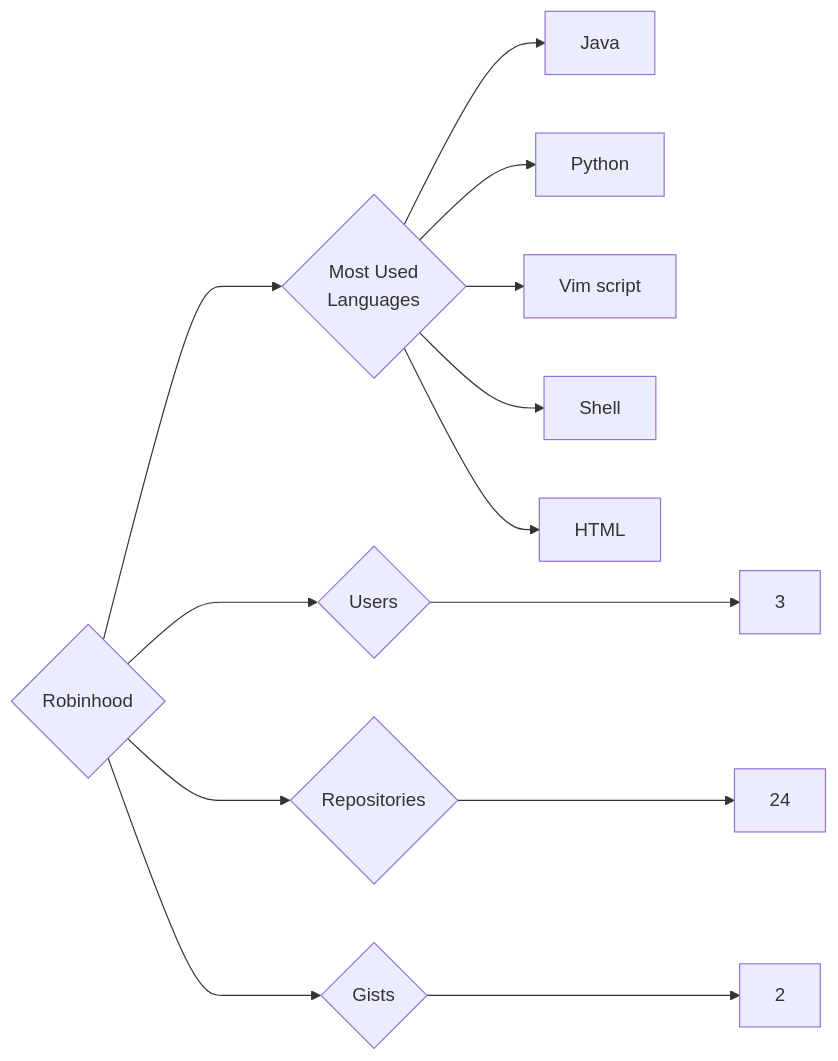
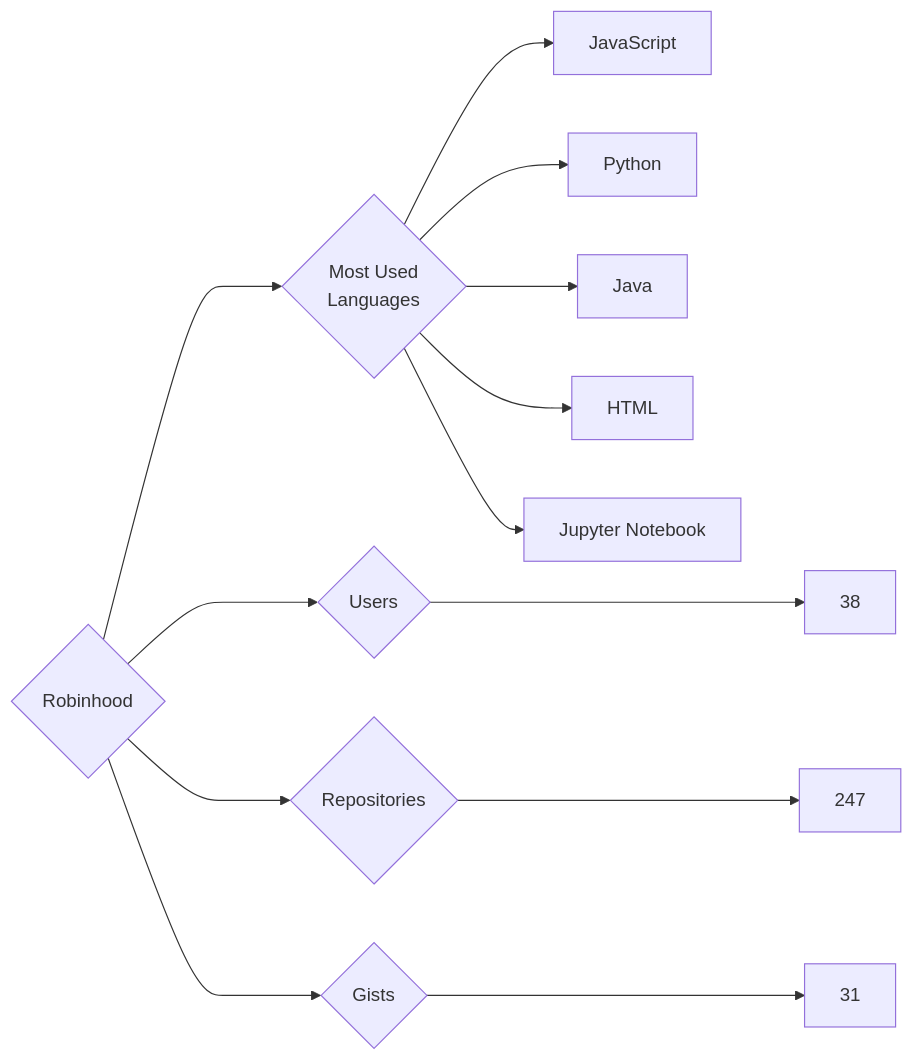
Before and after one commit to trickest/insiders: the diagram in targets/Robinhood/README.md, drawn with Mermaid. The commit also changed 912 other files, not shown here.

````diff
--- a/targets/Robinhood/README.md
+++ b/targets/Robinhood/README.md
@@ -3,13 +3,13 @@
 ```mermaid
 graph LR
 COMPANY_NAME{Robinhood}
-COMPANY_NAME ---> U{Users} ---> UN[3]
-COMPANY_NAME ---> R{Repositories} ---> RN[24]
-COMPANY_NAME ---> G{Gists} ---> GN[2]
+COMPANY_NAME ---> U{Users} ---> UN[38]
+COMPANY_NAME ---> R{Repositories} ---> RN[247]
+COMPANY_NAME ---> G{Gists} ---> GN[31]
 COMPANY_NAME ---> ML{Most Used<br>Languages}
+ML --> JavaScript[JavaScript]
+ML --> Python[Python]
 ML --> Java[Java]
-ML --> Python[Python]
-ML --> Vim_script[Vim script]
-ML --> Shell[Shell]
 ML --> HTML[HTML]
+ML --> Jupyter_Notebook[Jupyter Notebook]
 ```
````
